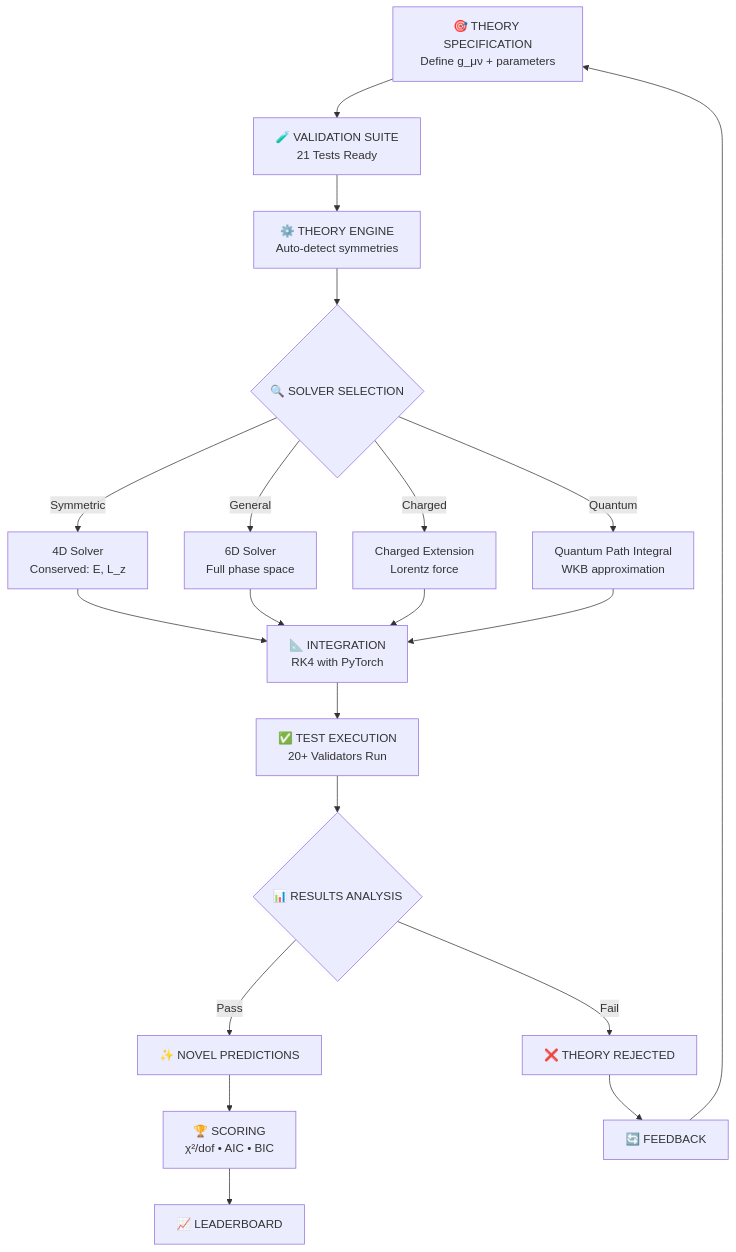
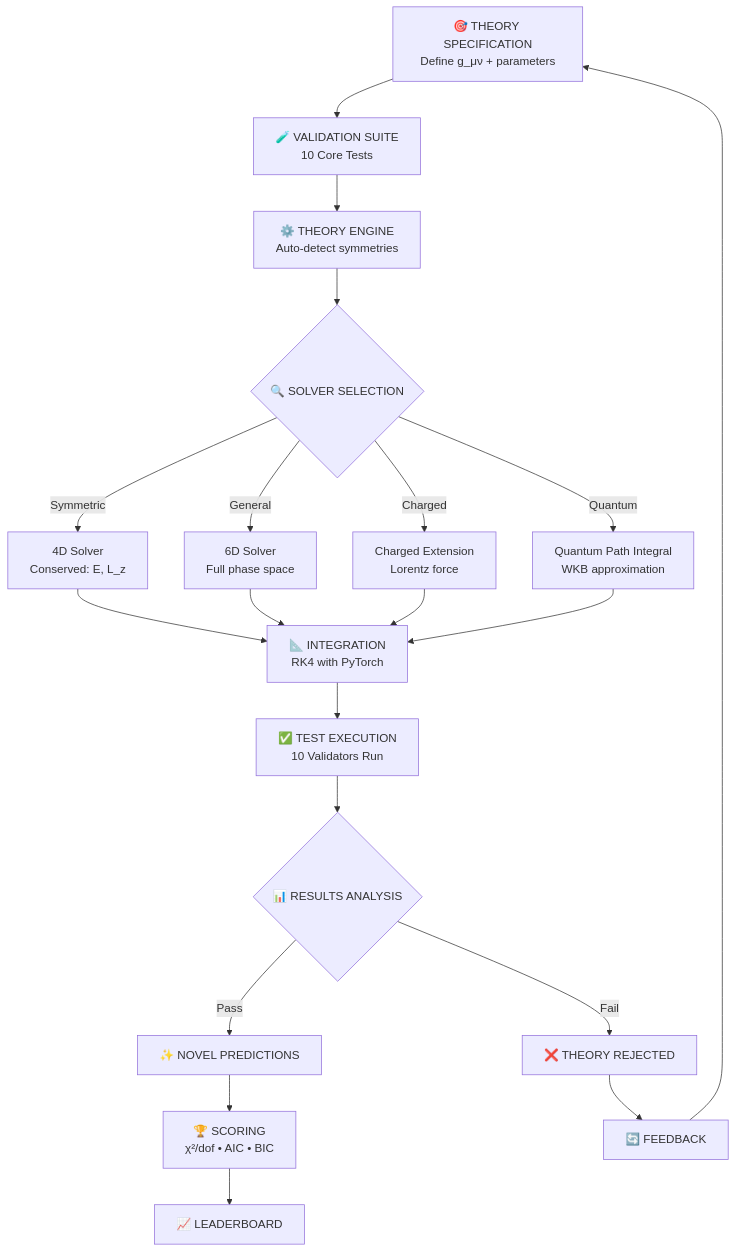
Before and after one commit to PimDeWitte/albert: the second of 8 diagrams in README.md, drawn with Mermaid. The commit also changed other lines of this file and 51 other files, not shown here.

````diff
--- a/README.md
+++ b/README.md
@@ -347,29 +336,29 @@
 ```mermaid
 graph TD
     A[🎯 THEORY SPECIFICATION<br/>Define g_μν + parameters] 
-    A --> B[🧪 VALIDATION SUITE<br/>21 Tests Ready]
+    A --> B[🧪 VALIDATION SUITE<br/>10 Core Tests]
     B --> C[⚙️ THEORY ENGINE<br/>Auto-detect symmetries]
     C --> D{🔍 SOLVER SELECTION}
     
     D -->|Symmetric| E[4D Solver<br/>Conserved: E, L_z]
     D -->|General| F[6D Solver<br/>Full phase space]
     D -->|Charged| G[Charged Extension<br/>Lorentz force]
     D -->|Quantum| H[Quantum Path Integral<br/>WKB approximation]
     
     E --> I[📐 INTEGRATION<br/>RK4 with PyTorch]
     F --> I
     G --> I  
     H --> I
     
-    I --> J[✅ TEST EXECUTION<br/>20+ Validators Run]
+    I --> J[✅ TEST EXECUTION<br/>10 Validators Run]
     J --> K{📊 RESULTS ANALYSIS}
     
     K -->|Pass| L[✨ NOVEL PREDICTIONS]
     K -->|Fail| M[❌ THEORY REJECTED]
     
     L --> N[🏆 SCORING<br/>χ²/dof • AIC • BIC]
     N --> O[📈 LEADERBOARD]
     
     M --> P[🔄 FEEDBACK]
     P --> A
 ```
````
